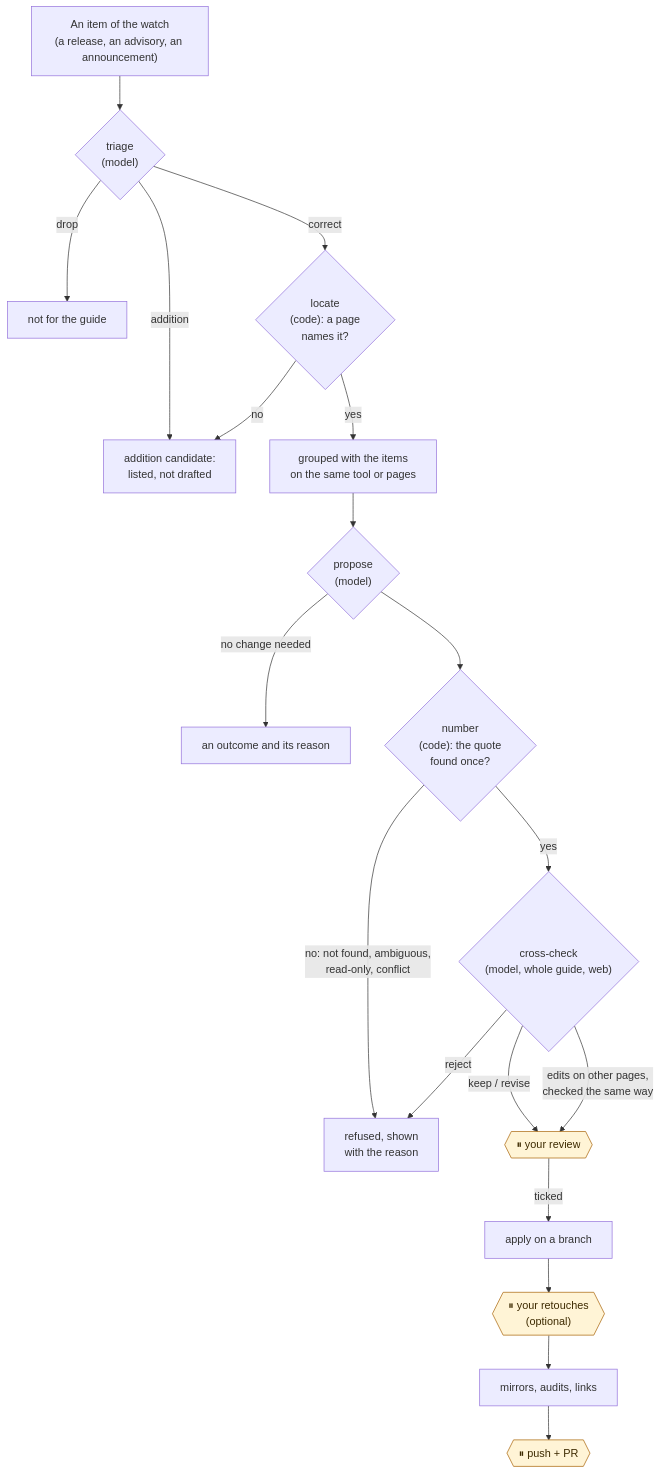
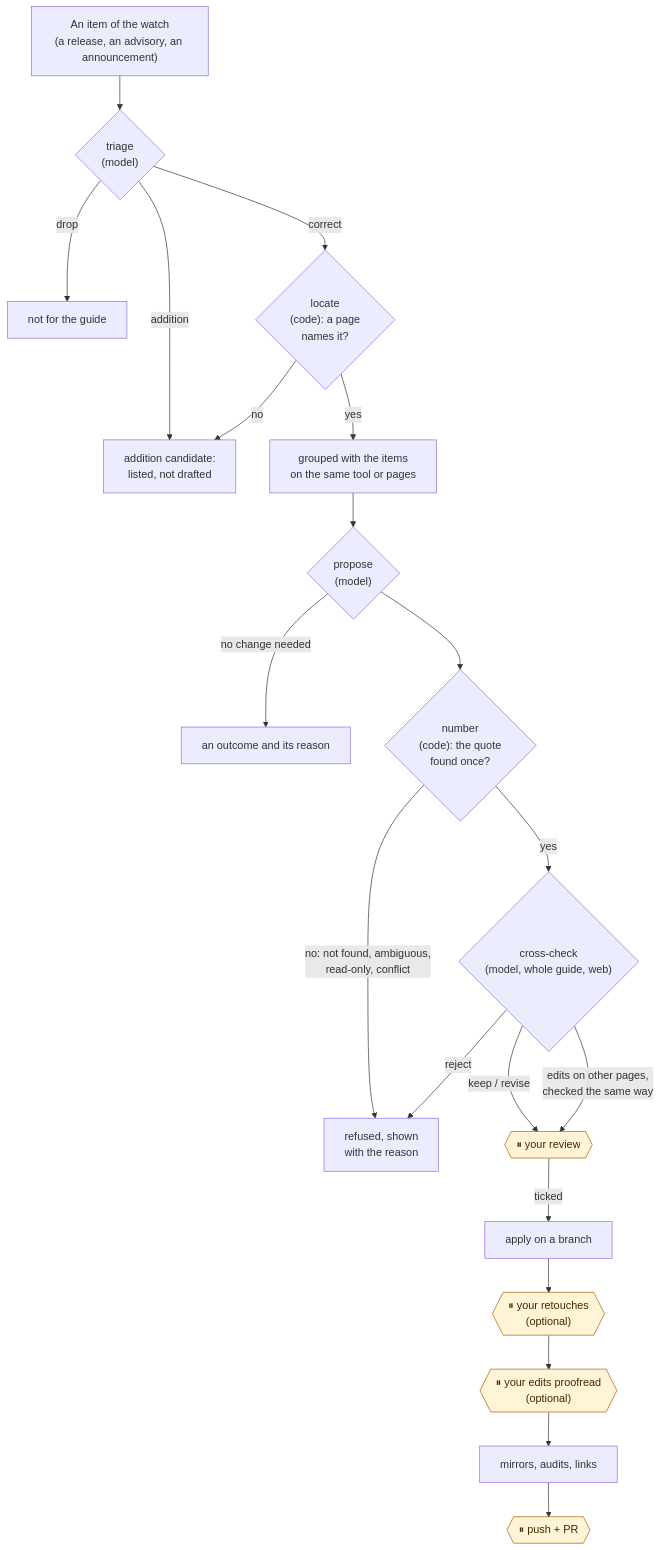
Before and after one commit to DamienBecherini/vault-watch-agent: the diagram in docs/run.md, drawn with Mermaid. The commit also changed other lines of this file and 6 other files, not shown here.

Commit message:
docs(proofread): the proofreading of the editor's edits in a run: both diagrams of the README, the five pauses, run.md (the pause, the publish loop, the command line), code.md, CHANGELOG

````diff
--- a/docs/run.md
+++ b/docs/run.md
@@ -10,21 +11,22 @@
 ```mermaid
 flowchart TD
   item["An item of the watch<br/>(a release, an advisory, an announcement)"] --> triage{"triage<br/>(model)"}
   triage -->|drop| out1["not for the guide"]
   triage -->|addition| add["addition candidate:<br/>listed, not drafted"]
   triage -->|correct| locate{"locate<br/>(code): a page<br/>names it?"}
   locate -->|no| add
   locate -->|yes| group["grouped with the items<br/>on the same tool or pages"]
   group --> propose{"propose<br/>(model)"}
   propose -->|no change needed| why["an outcome and its reason"]
   propose --> number{"number<br/>(code): the quote<br/>found once?"}
   number -->|"no: not found, ambiguous,<br/>read-only, conflict"| refused["refused, shown<br/>with the reason"]
   number -->|yes| cross{"cross-check<br/>(model, whole guide, web)"}
   cross -->|reject| refused
   cross -->|"keep / revise"| review{{"⏸ your review"}}
   cross -->|"edits on other pages,<br/>checked the same way"| review
   review -->|ticked| apply["apply on a branch"] --> retouch{{"⏸ your retouches<br/>(optional)"}}
-  retouch --> rest["mirrors, audits, links"] --> publish{{"⏸ push + PR"}}
+  retouch --> proof{{"⏸ your edits proofread<br/>(optional)"}}
+  proof --> rest["mirrors, audits, links"] --> publish{{"⏸ push + PR"}}
   classDef human fill:#fff4d6,stroke:#a65f00,color:#3d2a00
-  class review,retouch,publish human
+  class review,retouch,proof,publish human
 ```
````
